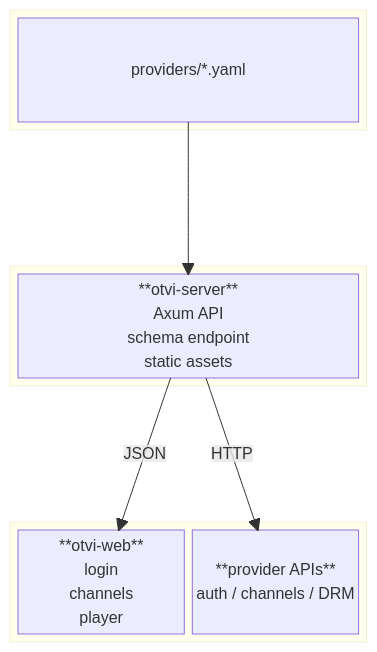
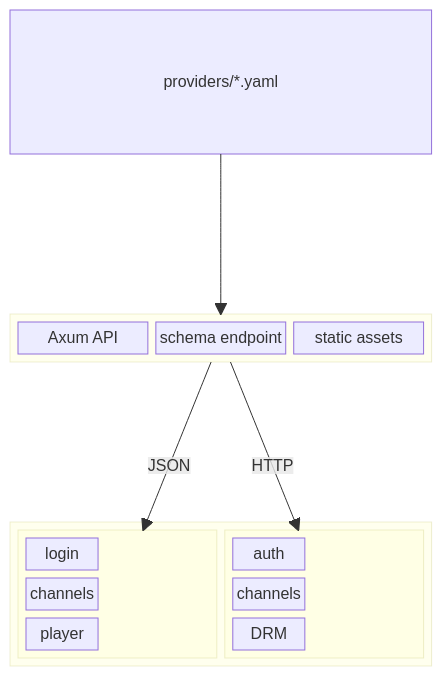
One commit to rabilrbl/otvi changed the diagram in README.md. Above: the diagram before and after it, drawn with Mermaid.

Commit message:
docs: break architecture diagram into individual component boxes

````diff
--- a/README.md
+++ b/README.md
@@ -14,23 +14,32 @@
 ```mermaid
 block-beta
     columns 1
-    block:config
-        columns 1
-        yaml["providers/*.yaml"]
-    end
+    yaml["providers/*.yaml"]
     space
     block:server
-        columns 1
-        otvi["**otvi-server**\nAxum API\nschema endpoint\nstatic assets"]
+        columns 3
+        api["Axum API"]
+        schema["schema endpoint"]
+        assets["static assets"]
     end
     space
     block:clients
         columns 2
-        web["**otvi-web**\nlogin\nchannels\nplayer"]
-        providers["**provider APIs**\nauth / channels / DRM"]
+        block:web
+            columns 1
+            login["login"]
+            channels["channels"]
+            player["player"]
+        end
+        block:external
+            columns 1
+            pauth["auth"]
+            pchannels["channels"]
+            pdrm["DRM"]
+        end
     end
 
-    yaml --> otvi
-    otvi -- "JSON" --> web
-    otvi -- "HTTP" --> providers
+    yaml --> server
+    server -- "JSON" --> web
+    server -- "HTTP" --> external
 ```
````
